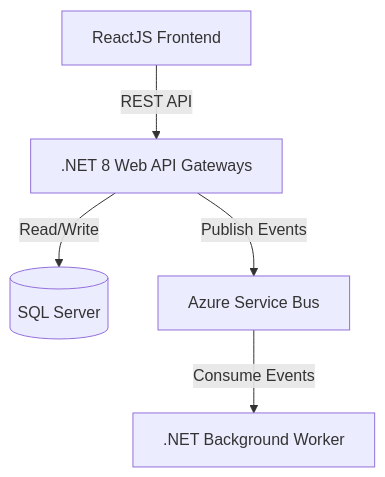
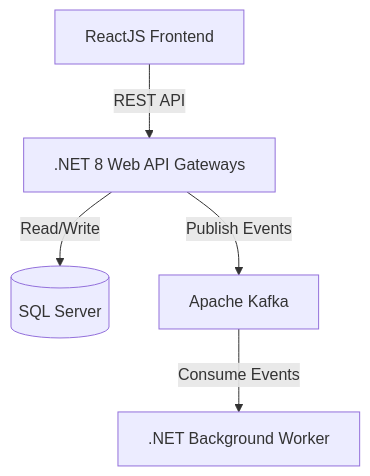
Before and after one commit to canniatta/kiro-engineering-sop: the first of 3 diagrams in docs/06-template-technical-design-document.md, drawn with Mermaid. The commit also changed 1 other file, not shown here.

Commit message:
docs: replace Azure Service Bus with Apache Kafka in architecture docs

````diff
--- a/docs/06-template-technical-design-document.md
+++ b/docs/06-template-technical-design-document.md
@@ -34,7 +34,7 @@
 ```mermaid
 graph TD
     Client[ReactJS Frontend] -->|REST API| API[ .NET 8 Web API Gateways]
     API -->|Read/Write| DB[(SQL Server)]
-    API -->|Publish Events| MB[Azure Service Bus]
+    API -->|Publish Events| MB[Apache Kafka]
     MB -->|Consume Events| Worker[.NET Background Worker]
 ```
````
